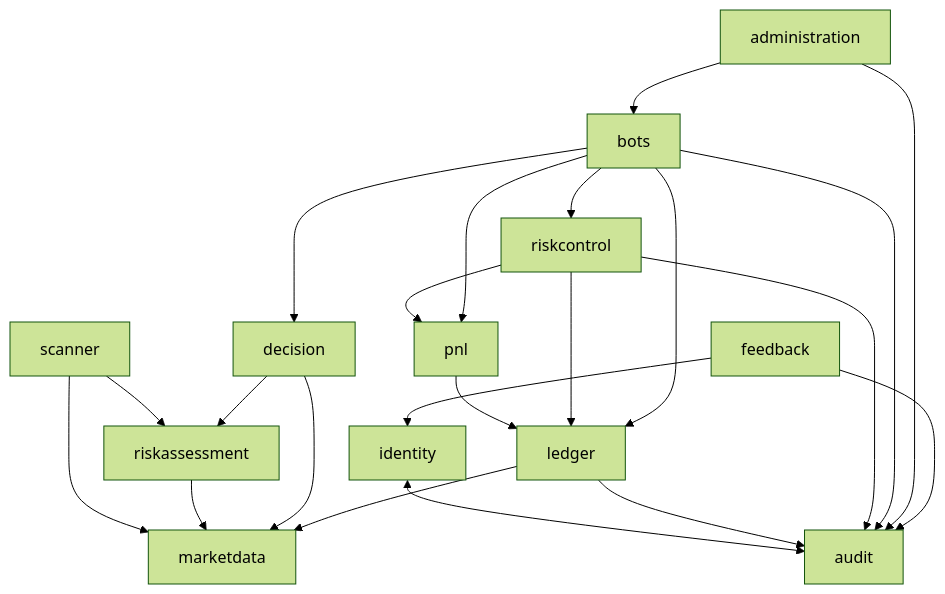
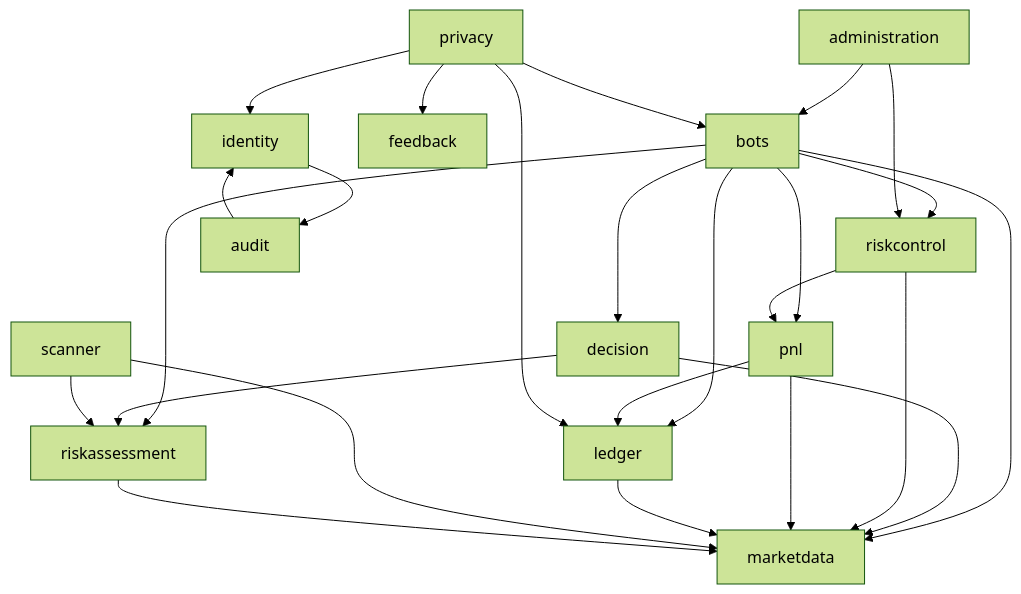
Before and after one commit to rafaelcruz-net/eureka-trade-ai: the diagram in aidlc/spaces/default/codekb/eureka-trader-ai/dependencies.md, drawn with Mermaid (forest theme). The commit also changed other lines of this file and 824 other files, not shown here.

````diff
--- a/aidlc/spaces/default/codekb/eureka-trader-ai/dependencies.md
+++ b/aidlc/spaces/default/codekb/eureka-trader-ai/dependencies.md
@@ -26,24 +30,27 @@
 ```mermaid
 flowchart TD
-  identity <--> audit
-  scanner --> marketdata
-  scanner --> riskassessment
-  riskassessment --> marketdata
-  decision --> marketdata
-  decision --> riskassessment
-  ledger --> marketdata
-  pnl --> ledger
-  riskcontrol --> pnl
-  riskcontrol --> ledger
   bots --> decision
   bots --> riskcontrol
   bots --> ledger
   bots --> pnl
+  bots --> marketdata
+  bots --> riskassessment
+  decision --> marketdata
+  decision --> riskassessment
+  riskcontrol --> pnl
+  riskcontrol --> marketdata
+  pnl --> ledger
+  pnl --> marketdata
+  ledger --> marketdata
+  scanner --> marketdata
+  scanner --> riskassessment
+  riskassessment --> marketdata
   administration --> bots
-  feedback --> identity
-  ledger --> audit
-  riskcontrol --> audit
-  bots --> audit
-  administration --> audit
-  feedback --> audit
+  administration --> riskcontrol
+  privacy --> bots
+  privacy --> ledger
+  privacy --> feedback
+  privacy --> identity
+  identity --> audit
+  audit --> identity
 ```
````
